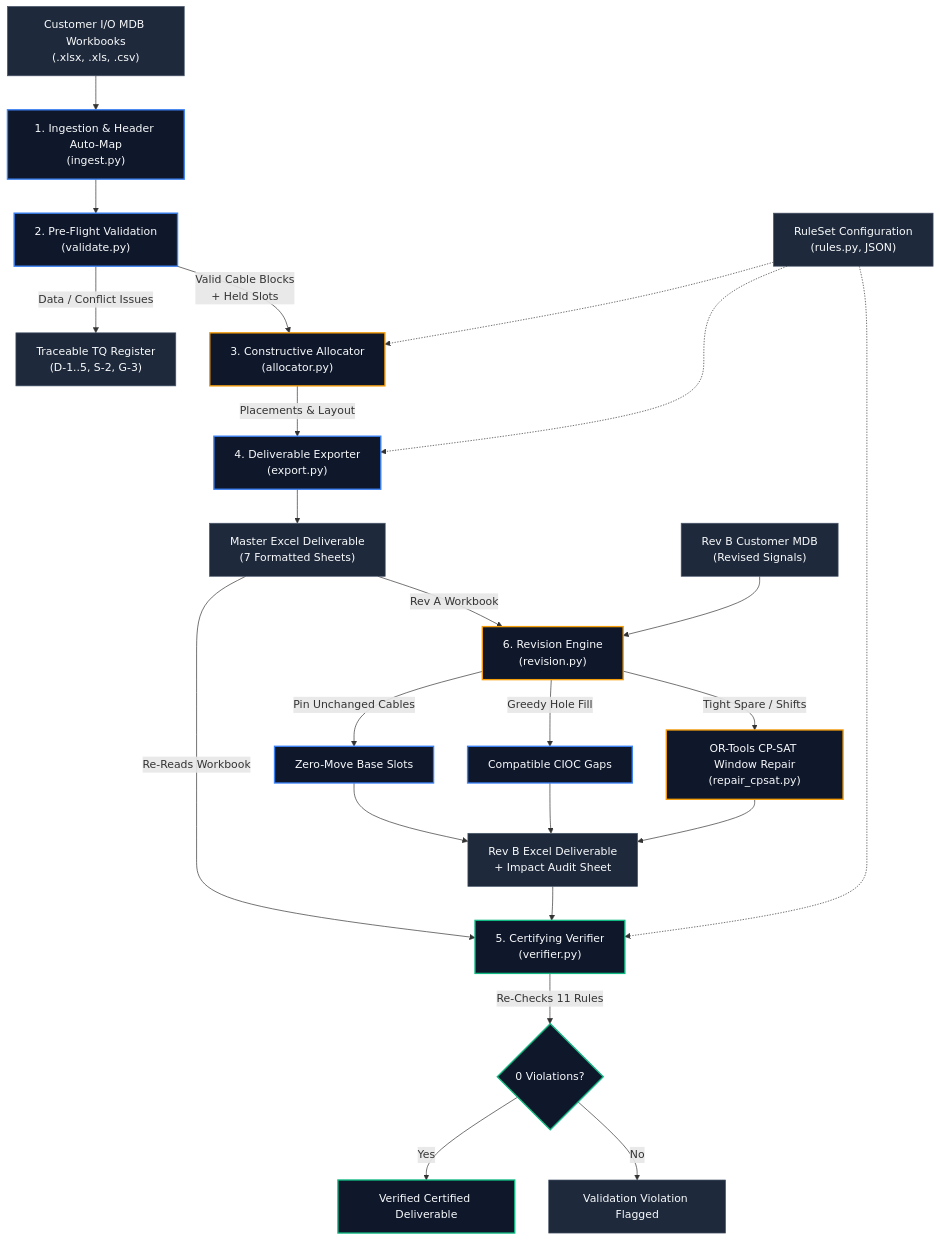
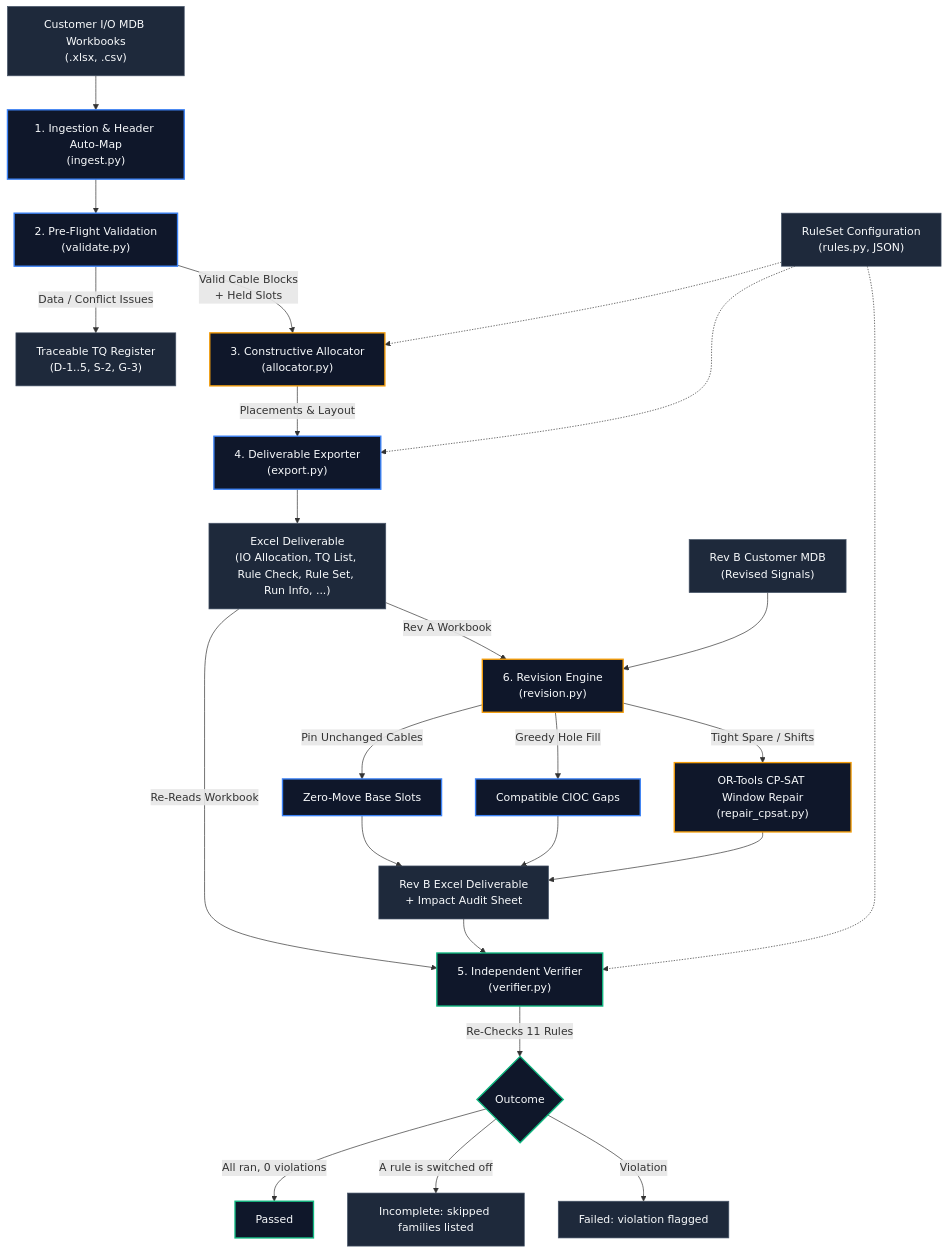
One commit to Sidd927/SlotSmith changed the first of 2 diagrams in README.md. Above: the diagram before and after it, drawn with Mermaid. The commit also changed other lines of this file and 99 other files, not shown here.

````diff
--- a/README.md
+++ b/README.md
@@ -265,37 +264,38 @@
 ```mermaid
 flowchart TD
     classDef file fill:#1E293B,stroke:#475569,stroke-width:1px,color:#F8FAFC
     classDef process fill:#0F172A,stroke:#3B82F6,stroke-width:2px,color:#F8FAFC
     classDef solver fill:#0F172A,stroke:#F59E0B,stroke-width:2px,color:#F8FAFC
     classDef audit fill:#0F172A,stroke:#10B981,stroke-width:2px,color:#F8FAFC
 
-    A["Customer I/O MDB Workbooks<br/>(.xlsx, .xls, .csv)"]:::file --> B["1. Ingestion & Header Auto-Map<br/>(ingest.py)"]:::process
+    A["Customer I/O MDB Workbooks<br/>(.xlsx, .csv)"]:::file --> B["1. Ingestion & Header Auto-Map<br/>(ingest.py)"]:::process
     B --> C["2. Pre-Flight Validation<br/>(validate.py)"]:::process
     
     C -->|"Data / Conflict Issues"| TQ["Traceable TQ Register<br/>(D-1..5, S-2, G-3)"]:::file
     C -->|"Valid Cable Blocks<br/>+ Held Slots"| D["3. Constructive Allocator<br/>(allocator.py)"]:::solver
     
     R["RuleSet Configuration<br/>(rules.py, JSON)"]:::file -.-> D
     R -.-> E["4. Deliverable Exporter<br/>(export.py)"]:::process
-    R -.-> V["5. Certifying Verifier<br/>(verifier.py)"]:::audit
+    R -.-> V["5. Independent Verifier<br/>(verifier.py)"]:::audit
 
     D -->|"Placements & Layout"| E
-    E --> F["Master Excel Deliverable<br/>(7 Formatted Sheets)"]:::file
+    E --> F["Excel Deliverable<br/>(IO Allocation, TQ List, Rule Check, Rule Set, Run Info, ...)"]:::file
 
     F -->|"Re-Reads Workbook"| V
-    V -->|"Re-Checks 11 Rules"| CERT{"0 Violations?"}:::audit
-    CERT -->|Yes| PASS["Verified Certified Deliverable"]:::audit
-    CERT -->|No| FAIL["Validation Violation Flagged"]:::file
+    V -->|"Re-Checks 11 Rules"| CERT{"Outcome"}:::audit
+    CERT -->|"All ran, 0 violations"| PASS["Passed"]:::audit
+    CERT -->|"A rule is switched off"| INC["Incomplete: skipped families listed"]:::file
+    CERT -->|"Violation"| FAIL["Failed: violation flagged"]:::file
 
     F -->|"Rev A Workbook"| REV["6. Revision Engine<br/>(revision.py)"]:::solver
     MDB_B["Rev B Customer MDB<br/>(Revised Signals)"]:::file --> REV
     
     REV -->|"Pin Unchanged Cables"| P1["Zero-Move Base Slots"]:::process
     REV -->|"Greedy Hole Fill"| P2["Compatible CIOC Gaps"]:::process
     REV -->|"Tight Spare / Shifts"| CPSAT["OR-Tools CP-SAT Window Repair<br/>(repair_cpsat.py)"]:::solver
     
     P1 --> OUT_REV["Rev B Excel Deliverable<br/>+ Impact Audit Sheet"]:::file
     P2 --> OUT_REV
     CPSAT --> OUT_REV
     OUT_REV --> V
 ```
````
